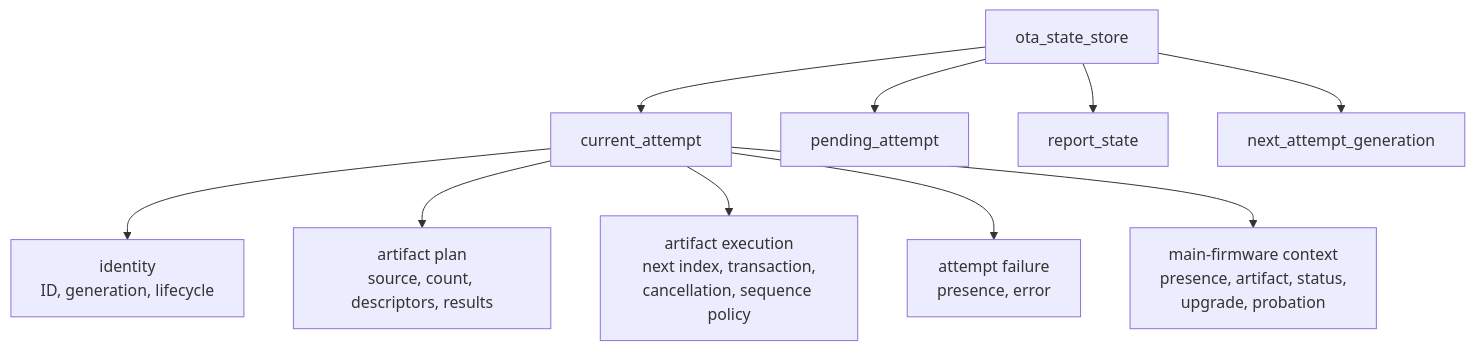
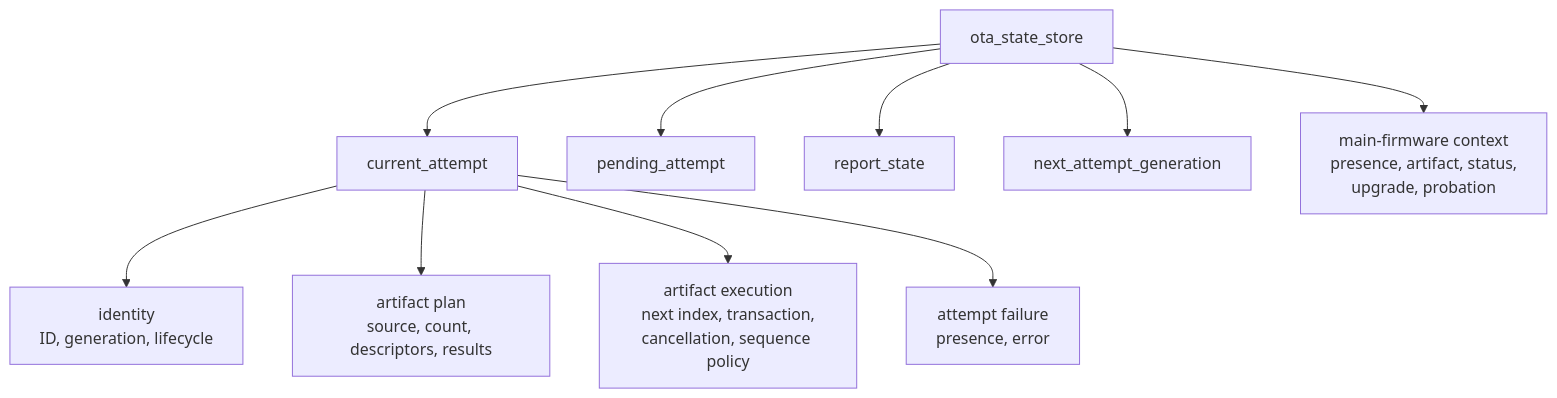
One commit to spotflow-io/device-sdk changed the first of 8 diagrams in zephyr/docs/ota-design.md. Above: the diagram before and after it, drawn with Mermaid. The commit also changed other lines of this file and 7 other files, not shown here.

````diff
--- a/zephyr/docs/ota-design.md
+++ b/zephyr/docs/ota-design.md
@@ -26,23 +26,23 @@
 ```mermaid
 flowchart TD
     store["ota_state_store"]
     current["current_attempt"]
     pending["pending_attempt"]
     report["report_state"]
     generation["next_attempt_generation"]
     identity["identity\nID, generation, lifecycle"]
     plan["artifact plan\nsource, count, descriptors, results"]
     execution["artifact execution\nnext index, transaction,\ncancellation, sequence policy"]
     failure["attempt failure\npresence, error"]
     main["main-firmware context\npresence, artifact, status,\nupgrade, probation"]
 
     store --> current
+    store --> main
     store --> pending
     store --> report
     store --> generation
     current --> identity
     current --> plan
     current --> execution
     current --> failure
-    current --> main
 ```
````
